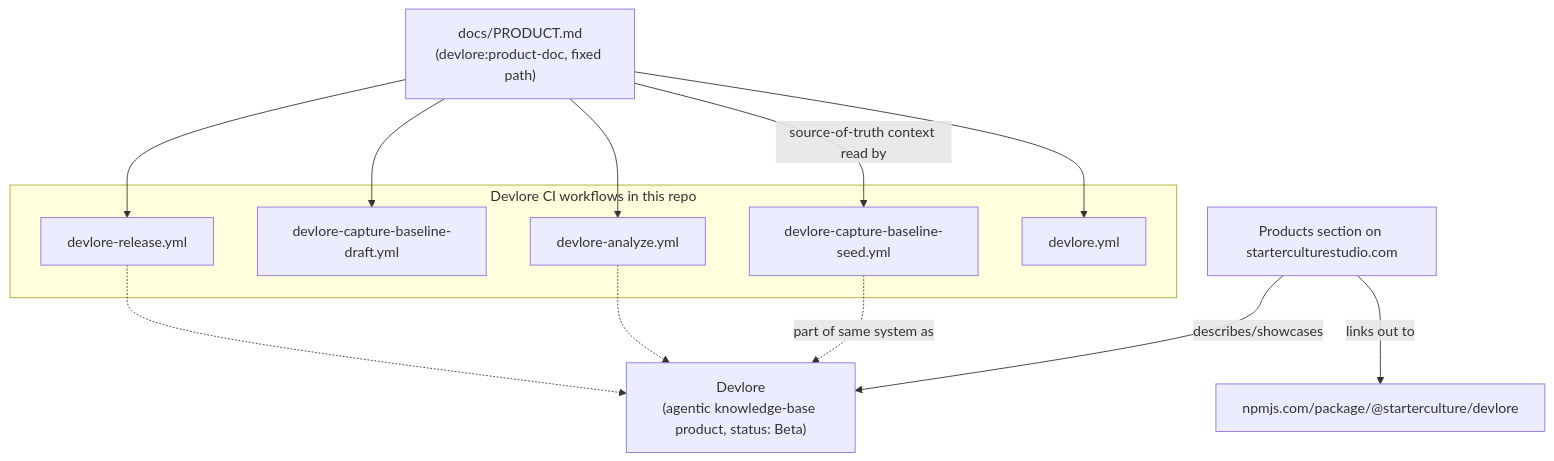
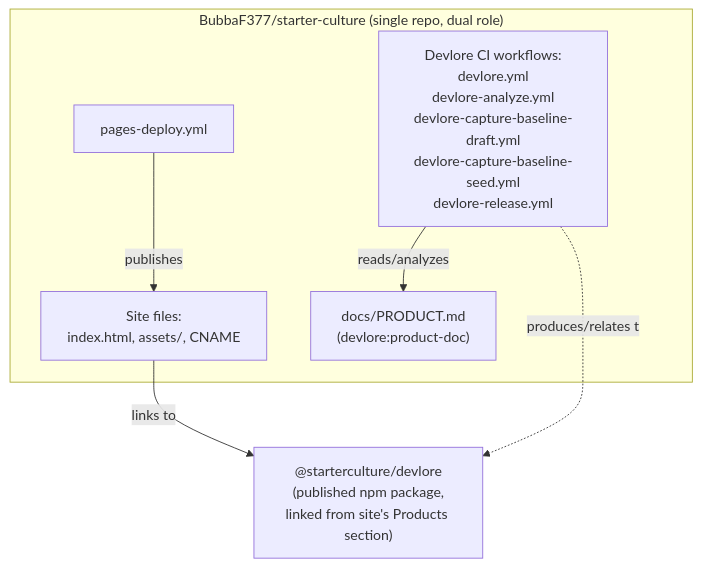
Before and after one commit to BubbaF377/starter-culture: the third of 3 diagrams in docs/VISUALIZER.md, drawn with Mermaid. The commit also changed other lines of this file, not shown here.

Commit message:
Update visualizer (requirements changed): starter-culture

````diff
--- a/docs/VISUALIZER.md
+++ b/docs/VISUALIZER.md
@@ -48,27 +60,17 @@
 ```mermaid
-graph TD
-    ProductDoc["docs/PRODUCT.md<br/>(devlore:product-doc, fixed path)"]
-
-    subgraph "Devlore CI workflows in this repo"
-        WF1["devlore-capture-baseline-seed.yml"]
-        WF2["devlore-capture-baseline-draft.yml"]
-        WF3["devlore-analyze.yml"]
-        WF4["devlore-release.yml"]
-        WF5["devlore.yml"]
+flowchart TB
+    subgraph Repo["BubbaF377/starter-culture (single repo, dual role)"]
+        SiteFiles["Site files:\nindex.html, assets/, CNAME"]
+        ProductDoc["docs/PRODUCT.md\n(devlore:product-doc)"]
+        DevloreWorkflows["Devlore CI workflows:\ndevlore.yml\ndevlore-analyze.yml\ndevlore-capture-baseline-draft.yml\ndevlore-capture-baseline-seed.yml\ndevlore-release.yml"]
+        PagesWorkflow["pages-deploy.yml"]
     end
 
-    ProductDoc -->|source-of-truth context read by| WF1
-    ProductDoc --> WF2
-    ProductDoc --> WF3
-    ProductDoc --> WF4
-    ProductDoc --> WF5
+    DevloreWorkflows -->|reads/analyzes| ProductDoc
+    PagesWorkflow -->|publishes| SiteFiles
 
-    SiteProducts["Products section on starterculturestudio.com"]
-    NPM["npmjs.com/package/@starterculture/devlore"]
+    NPMPackage["@starterculture/devlore\n(published npm package,\nlinked from site's Products section)"]
 
-    SiteProducts -->|links out to| NPM
-    SiteProducts -->|describes/showcases| DevloreProduct["Devlore<br/>(agentic knowledge-base product, status: Beta)"]
-    WF1 -.->|part of same system as| DevloreProduct
-    WF3 -.-> DevloreProduct
-    WF4 -.-> DevloreProduct
+    SiteFiles -->|links to| NPMPackage
+    DevloreWorkflows -.produces/relates to.-> NPMPackage
 ```
````
